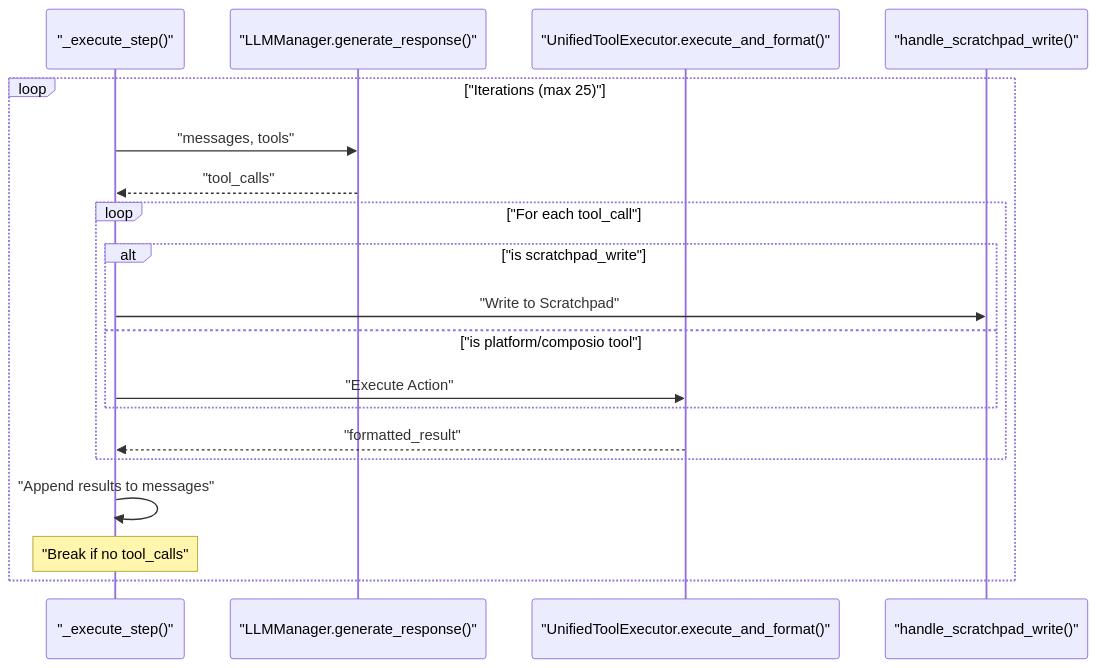
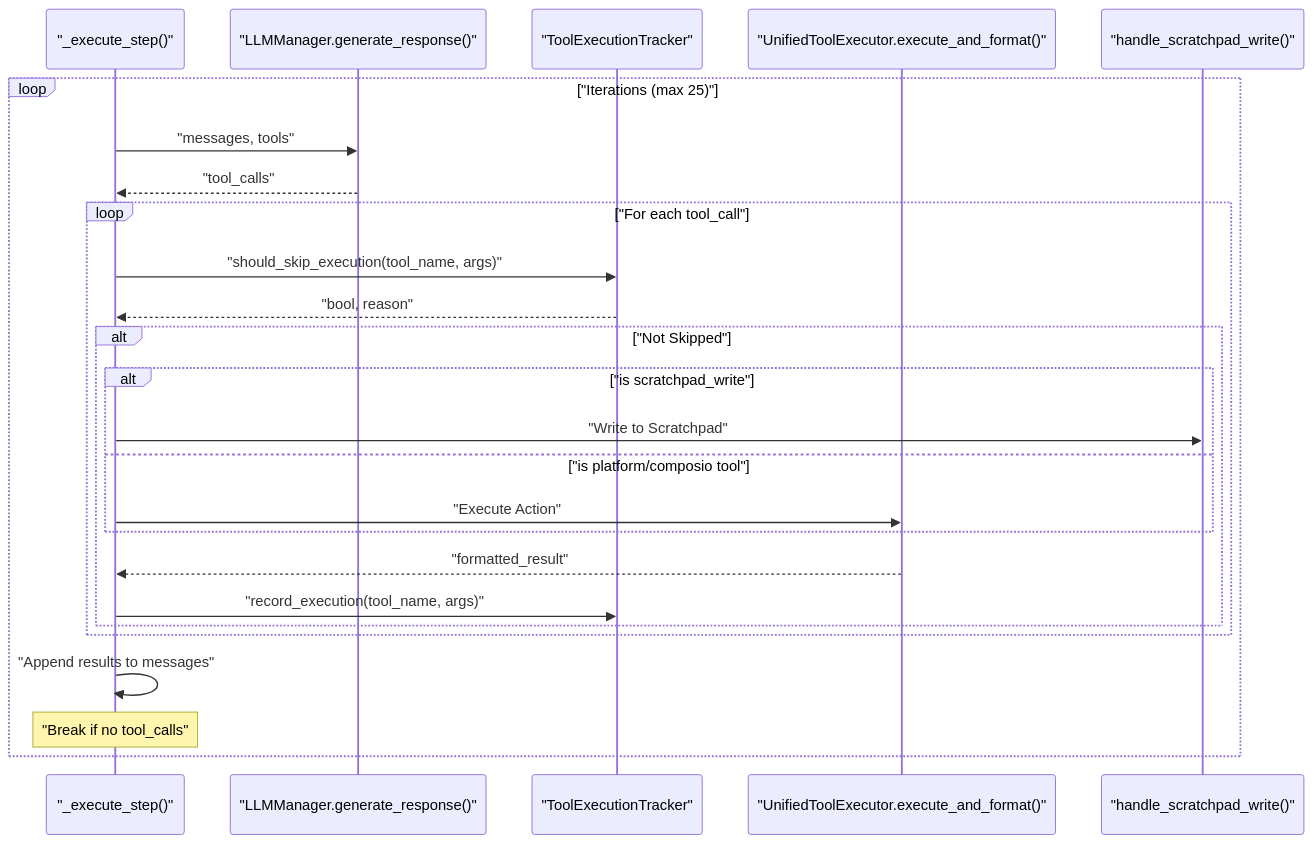
One commit to AutomatosAI/automatos-ai changed the second of 2 diagrams in docs/workflows-recipes/recipe-execution-engine.md. Above: the diagram before and after it, drawn with Mermaid. The commit also changed other lines of this file and 153 other files, not shown here.

````diff
--- a/docs/workflows-recipes/recipe-execution-engine.md
+++ b/docs/workflows-recipes/recipe-execution-engine.md
@@ -146,24 +141,31 @@
 ```mermaid
 sequenceDiagram
     participant Step as "_execute_step()"
     participant LLM as "LLMManager.generate_response()"
+    participant Tracker as "ToolExecutionTracker"
     participant Router as "UnifiedToolExecutor.execute_and_format()"
     participant Scratch as "handle_scratchpad_write()"
 
     loop "Iterations (max 25)"
         Step->>LLM: "messages, tools"
         LLM-->>Step: "tool_calls"
         
         loop "For each tool_call"
-            alt "is scratchpad_write"
-                Step->>Scratch: "Write to Scratchpad"
-            else "is platform/composio tool"
-                Step->>Router: "Execute Action"
+            Step->>Tracker: "should_skip_execution(tool_name, args)"
+            Tracker-->>Step: "bool, reason"
+            
+            alt "Not Skipped"
+                alt "is scratchpad_write"
+                    Step->>Scratch: "Write to Scratchpad"
+                else "is platform/composio tool"
+                    Step->>Router: "Execute Action"
+                end
+                Router-->>Step: "formatted_result"
+                Step->>Tracker: "record_execution(tool_name, args)"
             end
-            Router-->>Step: "formatted_result"
         end
         
         Step->>Step: "Append results to messages"
         Note over Step: "Break if no tool_calls"
     end
 ```
````
